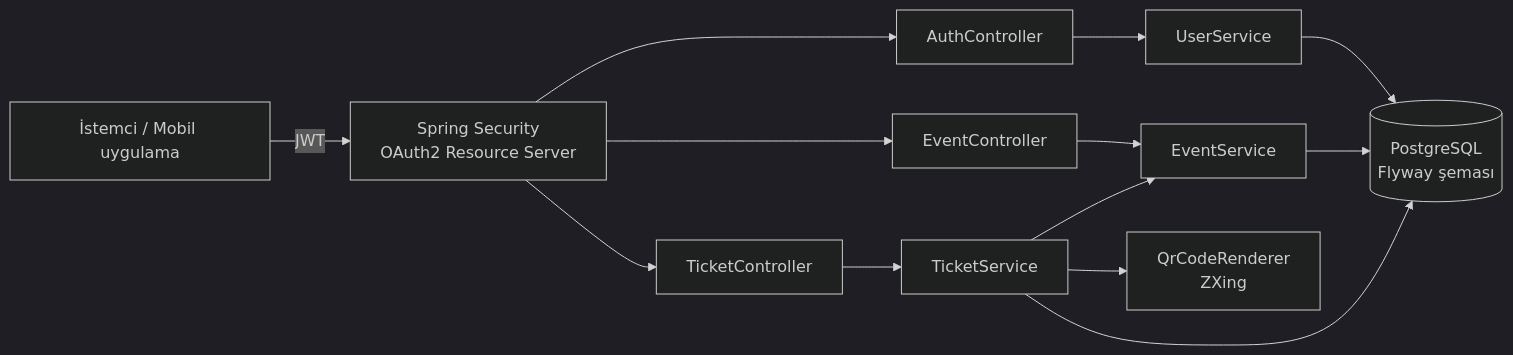
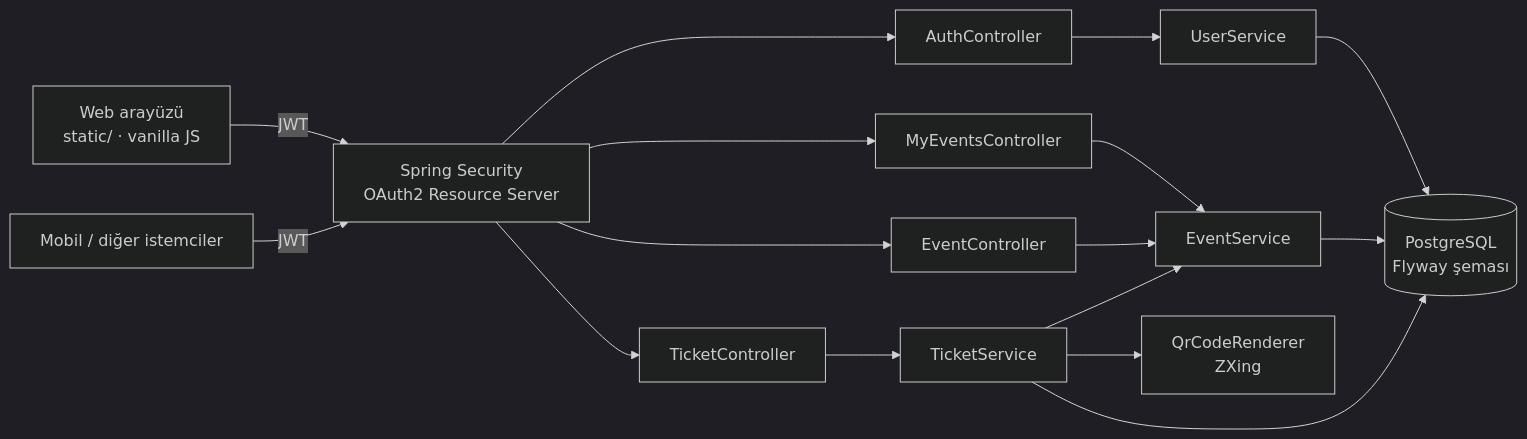
One commit to m-enes5812/haftalik-projeler changed the first of 2 diagrams in 2026-11-26-kampus-etkinlik-api/README.md. Above: the diagram before and after it, drawn with Mermaid (dark theme). The commit also changed other lines of this file and 11 other files, not shown here.

Commit message:
Web arayüzü: giriş, etkinlikler, biletler, kulüp paneli, kapı girişi

````diff
--- a/2026-11-26-kampus-etkinlik-api/README.md
+++ b/2026-11-26-kampus-etkinlik-api/README.md
@@ -19,13 +19,16 @@
 ```mermaid
 flowchart LR
-    C[İstemci / Mobil uygulama] -->|JWT| S[Spring Security<br/>OAuth2 Resource Server]
+    W[Web arayüzü<br/>static/ · vanilla JS] -->|JWT| S[Spring Security<br/>OAuth2 Resource Server]
+    C[Mobil / diğer istemciler] -->|JWT| S
     S --> AC[AuthController]
     S --> EC[EventController]
     S --> TC[TicketController]
+    S --> MC[MyEventsController]
+    MC --> ES
     AC --> US[UserService]
     EC --> ES[EventService]
     TC --> TS[TicketService]
     TS --> ES
     TS --> QR[QrCodeRenderer<br/>ZXing]
     US & ES & TS --> R[(PostgreSQL<br/>Flyway şeması)]
 ```
````
